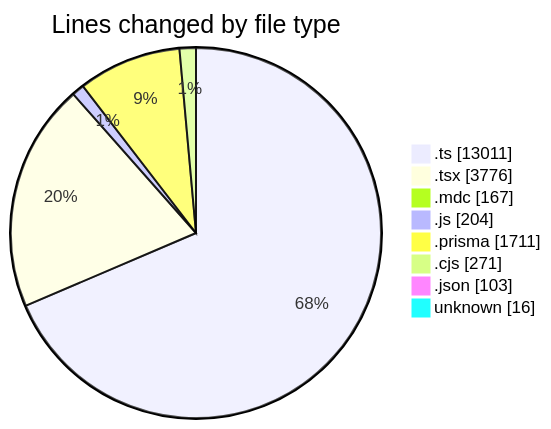
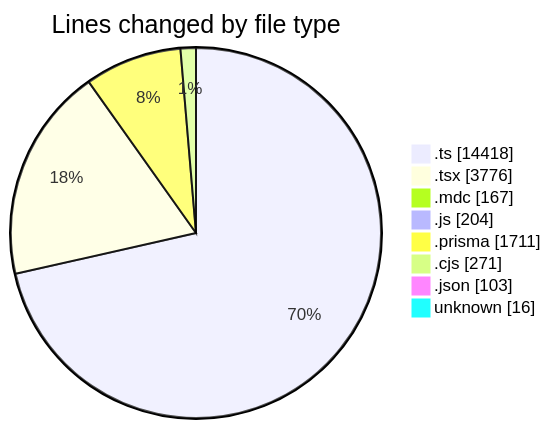
The first of 2 diagrams in 2025-06-06/ecodeli-1/README.md (CELIANVF/code-tracking), drawn with Mermaid before and after one commit. The commit also changed other lines of this file and 1 other file, not shown here.

````diff
--- a/2025-06-06/ecodeli-1/README.md
+++ b/2025-06-06/ecodeli-1/README.md
@@ -79,12 +82,12 @@
 ```mermaid
 pie showData
 title Lines changed by file type
-".ts" : 13011
+".ts" : 14418
 ".tsx" : 3776
 ".mdc" : 167
 ".js" : 204
 ".prisma" : 1711
 ".cjs" : 271
 ".json" : 103
 "unknown" : 16
 ```
````
